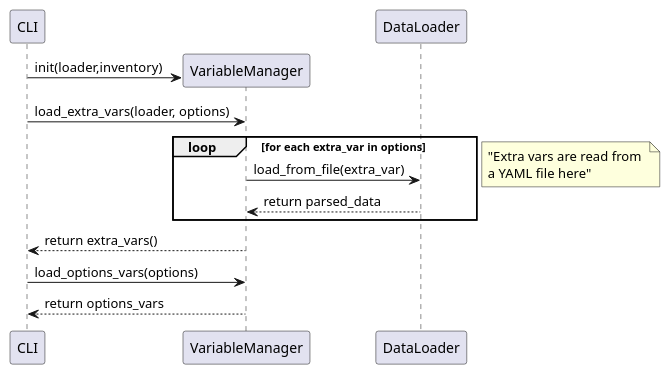
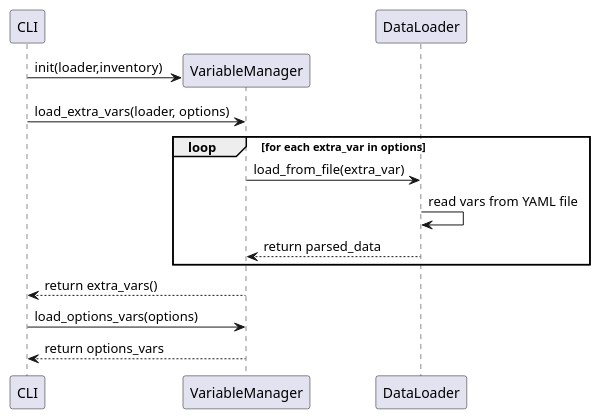
Before and after one commit to ezequiels/nazz: the diagram in project/uml/CLI_Configuration/VariableManager.puml, drawn with PlantUML.

Commit message:
Diagram updates.

```diff
--- a/project/uml/CLI_Configuration/VariableManager.puml
+++ b/project/uml/CLI_Configuration/VariableManager.puml
@@ -1,16 +1,16 @@
 @startuml
 participant CLI
 create VariableManager
 CLI -> VariableManager: init(loader,inventory)
 CLI -> VariableManager: load_extra_vars(loader, options)
 loop for each extra_var in options
 VariableManager -> DataLoader: load_from_file(extra_var)
+DataLoader -> DataLoader: read vars from YAML file
 VariableManager <-- DataLoader: return parsed_data
 end loop
-note left: "Extra vars are read from \na YAML file here"
 CLI <-- VariableManager: return extra_vars()
 
 CLI -> VariableManager: load_options_vars(options)
 CLI <-- VariableManager: return options_vars
 
 @enduml
```
